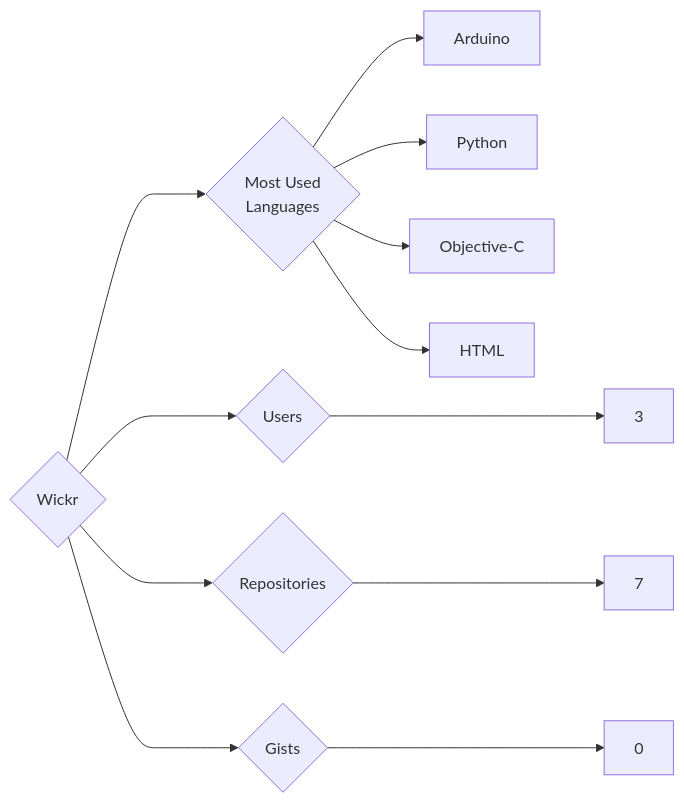
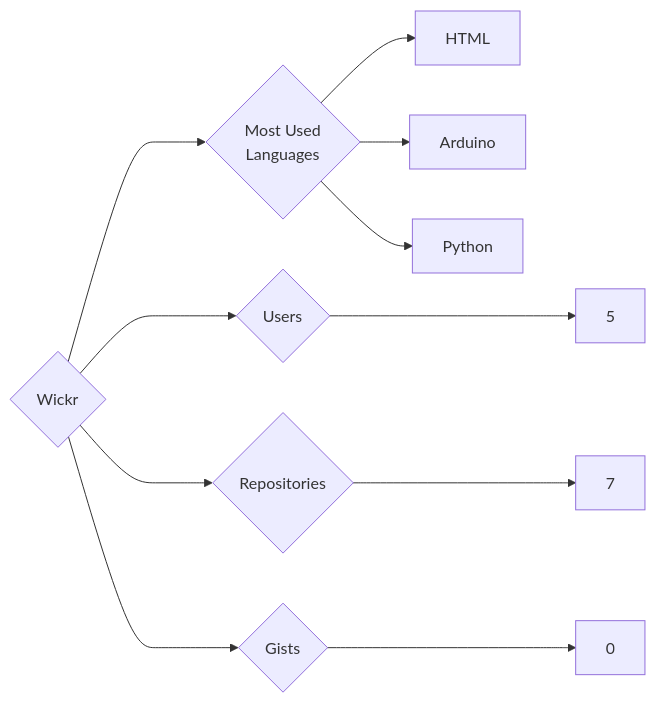
The diagram in targets/Wickr/README.md (trickest/insiders), drawn with Mermaid before and after one commit. The commit also changed 835 other files, not shown here.

````diff
--- a/targets/Wickr/README.md
+++ b/targets/Wickr/README.md
@@ -3,12 +3,11 @@
 ```mermaid
 graph LR
 COMPANY_NAME{Wickr}
-COMPANY_NAME ---> U{Users} ---> UN[3]
+COMPANY_NAME ---> U{Users} ---> UN[5]
 COMPANY_NAME ---> R{Repositories} ---> RN[7]
 COMPANY_NAME ---> G{Gists} ---> GN[0]
 COMPANY_NAME ---> ML{Most Used<br>Languages}
+ML --> HTML[HTML]
 ML --> Arduino[Arduino]
 ML --> Python[Python]
-ML --> Objective-C[Objective-C]
-ML --> HTML[HTML]
 ```
````
